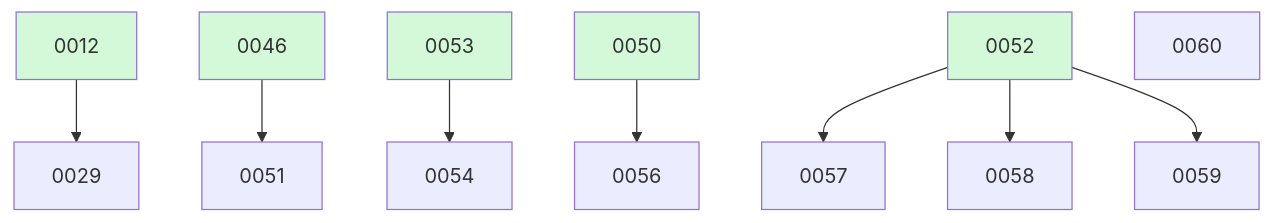
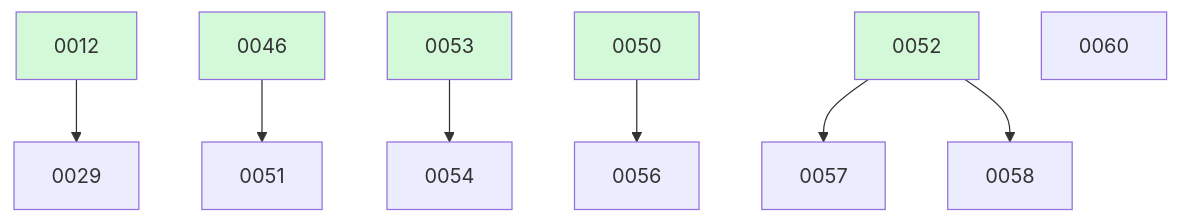
Before and after one commit to ethanhinson/fuse: the diagram in docs/changes/BOARD.md, drawn with Mermaid. The commit also changed other lines of this file, not shown here.

````diff
--- a/docs/changes/BOARD.md
+++ b/docs/changes/BOARD.md
@@ -28,17 +22,16 @@
 ```mermaid
 graph TD
   0012 --> 0029
   0046 --> 0051
   0053 --> 0054
   0050 --> 0056
   0052 --> 0057
   0052 --> 0058
-  0052 --> 0059
   0060
   0012:::done
   0046:::done
   0050:::done
   0052:::done
   0053:::done
   classDef done fill:#d3f9d8;
 ```
````
